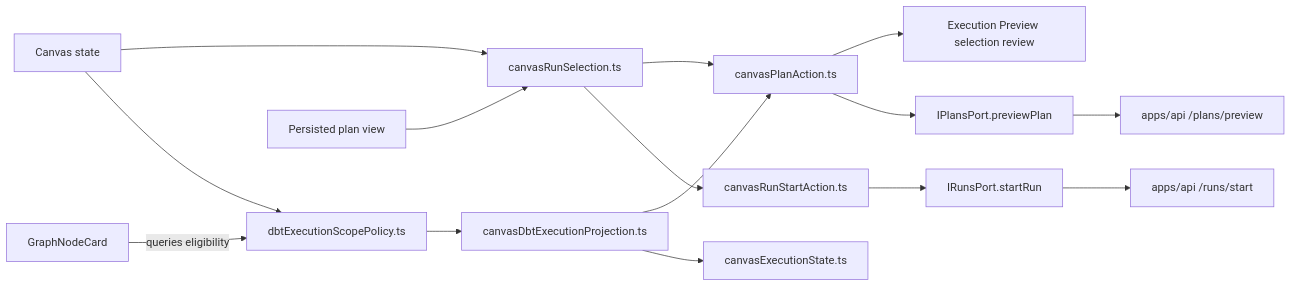
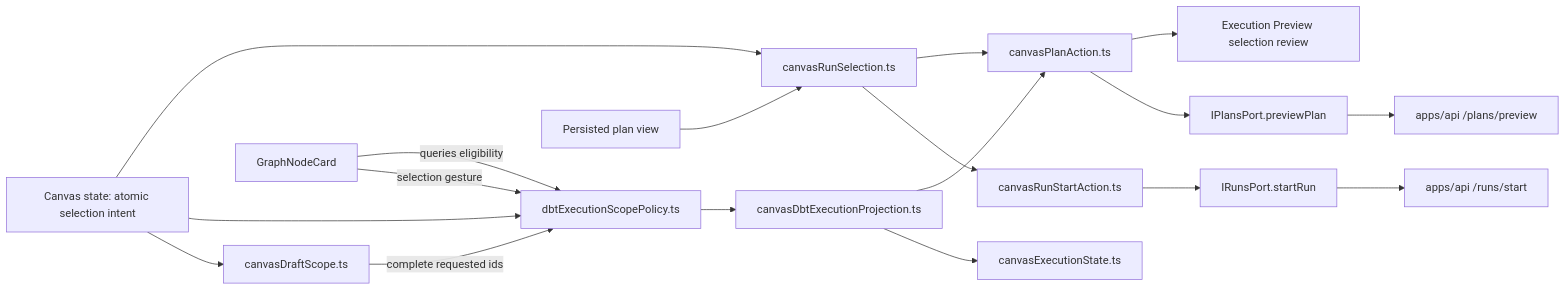
Before and after one commit to dunay2/dvt: the first of 6 diagrams in docs/architecture/components/web/graph/canvas-execution-selection-component.md, drawn with Mermaid. The commit also changed other lines of this file and 8 other files, not shown here.

Commit message:
chore(web): Govern DBT selection intent boundaries

````diff
--- a/docs/architecture/components/web/graph/canvas-execution-selection-component.md
+++ b/docs/architecture/components/web/graph/canvas-execution-selection-component.md
@@ -122,17 +137,20 @@
 ```mermaid
 flowchart LR
-  Canvas["Canvas state"] --> Selection["canvasRunSelection.ts"]
+  Canvas["Canvas state: atomic selection intent"] --> Selection["canvasRunSelection.ts"]
   Canvas --> DbtPolicy["dbtExecutionScopePolicy.ts"]
+  Canvas --> DraftScope["canvasDraftScope.ts"]
+  DraftScope -->|complete requested ids| DbtPolicy
   Card["GraphNodeCard"] -->|queries eligibility| DbtPolicy
+  Card -->|selection gesture| DbtPolicy
   Plan["Persisted plan view"] --> Selection
   Selection --> Preview["canvasPlanAction.ts"]
   DbtPolicy --> Projection["canvasDbtExecutionProjection.ts"]
   Projection --> Preview
   Preview --> Review["Execution Preview selection review"]
   Projection --> Readiness["canvasExecutionState.ts"]
   Selection --> Run["canvasRunStartAction.ts"]
   Preview --> PlansPort["IPlansPort.previewPlan"]
   Run --> RunsPort["IRunsPort.startRun"]
   PlansPort --> Api["apps/api /plans/preview"]
   RunsPort --> ApiStart["apps/api /runs/start"]
 ```
````
